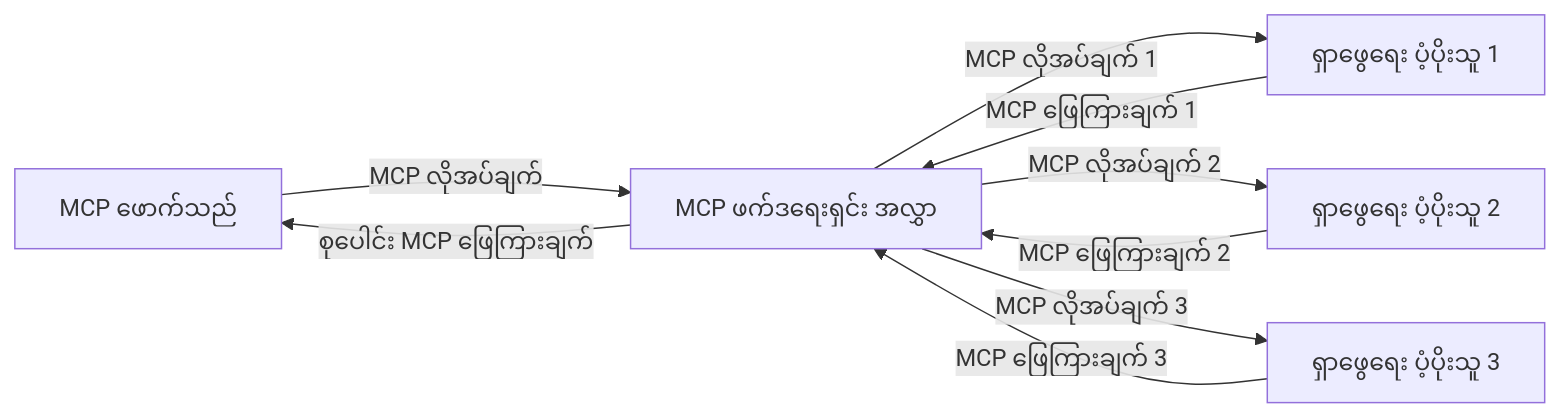
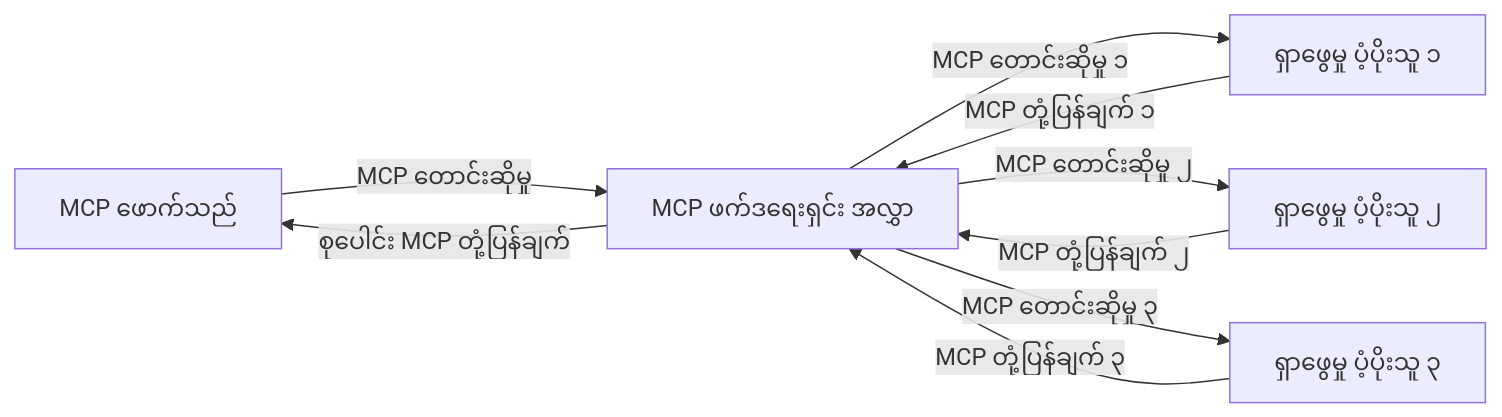
One commit to microsoft/mcp-for-beginners changed the third of 4 diagrams in translations/my/05-AdvancedTopics/mcp-realtimesearch/README.md. Above: the diagram before and after it, drawn with Mermaid. The commit also changed other lines of this file and 132 other files, not shown here.

````diff
--- a/translations/my/05-AdvancedTopics/mcp-realtimesearch/README.md
+++ b/translations/my/05-AdvancedTopics/mcp-realtimesearch/README.md
@@ -610,11 +612,11 @@
 ```mermaid
 graph LR
-    Client[MCP ဖောက်သည်] --> |MCP လိုအပ်ချက်| Federation[MCP ဖက်ဒရေးရှင်း အလွှာ]
-    Federation --> |MCP လိုအပ်ချက် 1| Search1[ရှာဖွေရေး ပံ့ပိုးသူ 1]
-    Federation --> |MCP လိုအပ်ချက် 2| Search2[ရှာဖွေရေး ပံ့ပိုးသူ 2]
-    Federation --> |MCP လိုအပ်ချက် 3| Search3[ရှာဖွေရေး ပံ့ပိုးသူ 3]
-    Search1 --> |MCP ဖြေကြားချက် 1| Federation
-    Search2 --> |MCP ဖြေကြားချက် 2| Federation
-    Search3 --> |MCP ဖြေကြားချက် 3| Federation
-    Federation --> |စုပေါင်း MCP ဖြေကြားချက်| Client
+    Client[MCP ဖောက်သည်] --> |MCP တောင်းဆိုမှု| Federation[MCP ဖက်ဒရေးရှင်း အလွှာ]
+    Federation --> |MCP တောင်းဆိုမှု ၁| Search1[ရှာဖွေမှု ပံ့ပိုးသူ ၁]
+    Federation --> |MCP တောင်းဆိုမှု ၂| Search2[ရှာဖွေမှု ပံ့ပိုးသူ ၂]
+    Federation --> |MCP တောင်းဆိုမှု ၃| Search3[ရှာဖွေမှု ပံ့ပိုးသူ ၃]
+    Search1 --> |MCP တုံ့ပြန်ချက် ၁| Federation
+    Search2 --> |MCP တုံ့ပြန်ချက် ၂| Federation
+    Search3 --> |MCP တုံ့ပြန်ချက် ၃| Federation
+    Federation --> |စုပေါင်း MCP တုံ့ပြန်ချက်| Client
 ```
````
